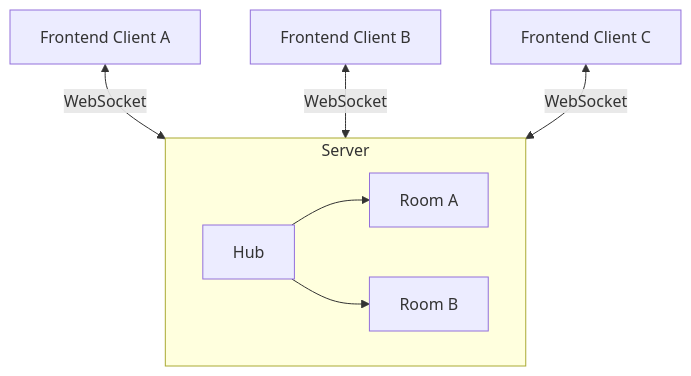
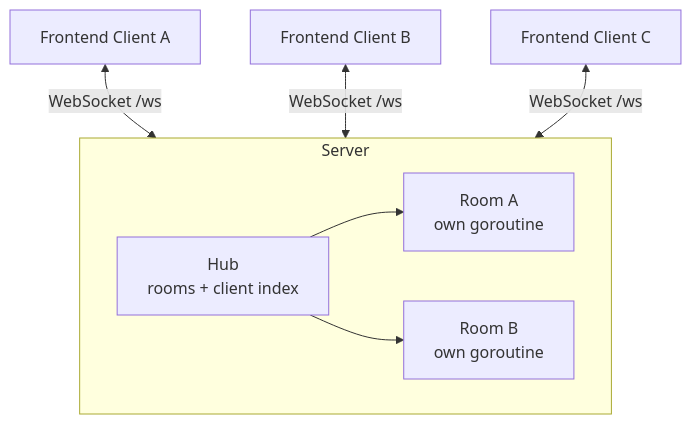
Before and after one commit to j-stechmann/backlog-royale: the diagram in ARCHITECTURE.md, drawn with Mermaid. The commit also changed other lines of this file and 1 other file, not shown here.

First line of the commit message:
docs: rewrite ARCHITECTURE.md as a complete reference

````diff
--- a/ARCHITECTURE.md
+++ b/ARCHITECTURE.md
@@ -9,14 +14,14 @@
 ```mermaid
 graph TD
-    ClientA[Frontend Client A] <--> |WebSocket| Server[Go Backend]
-    ClientB[Frontend Client B] <--> |WebSocket| Server
-    ClientC[Frontend Client C] <--> |WebSocket| Server
-    
+    ClientA[Frontend Client A] <--> |WebSocket /ws| Server[Go Backend]
+    ClientB[Frontend Client B] <--> |WebSocket /ws| Server
+    ClientC[Frontend Client C] <--> |WebSocket /ws| Server
+
     subgraph Server
-        Hub[Hub]
-        Room1[Room A]
-        Room2[Room B]
+        Hub[Hub<br/>rooms + client index]
+        Room1[Room A<br/>own goroutine]
+        Room2[Room B<br/>own goroutine]
         Hub --> Room1
         Hub --> Room2
     end
 ```
````
